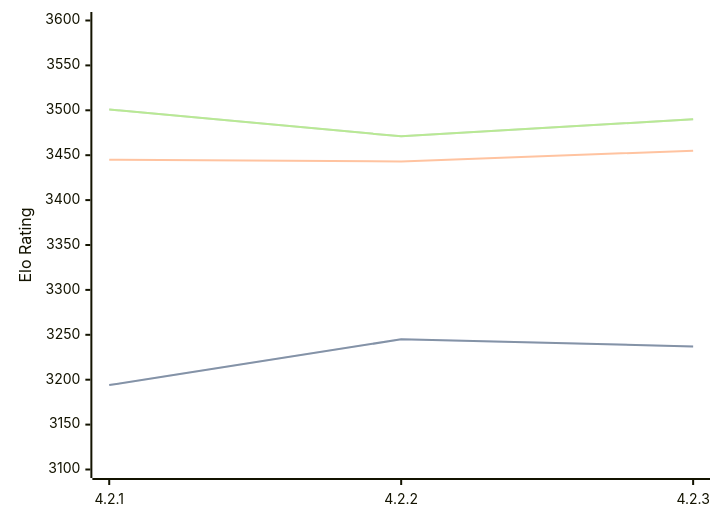
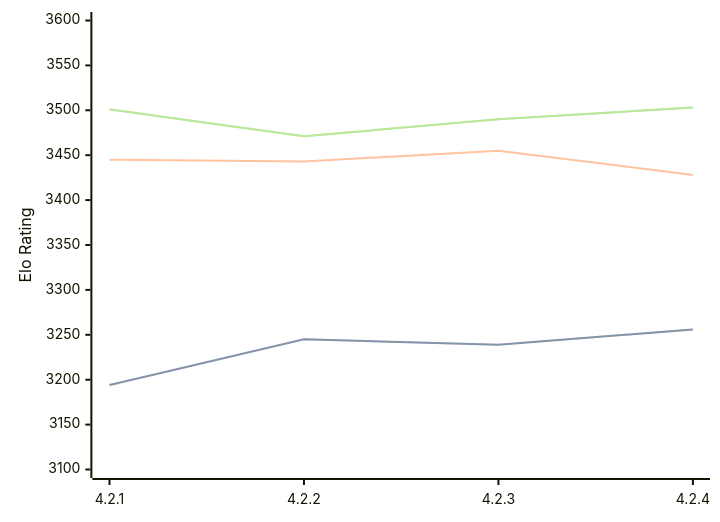
One commit to computer-chess-index/cci changed the diagram in engines/Gaia.md. Above: the diagram before and after it, drawn with Mermaid. The commit also changed other lines of this file, not shown here.

Commit message:
Update CCI Ratings (ELO VLTC) - 2026-08-24

````diff
--- a/engines/Gaia.md
+++ b/engines/Gaia.md
@@ -37,11 +38,11 @@
 ```mermaid
 %%{init: {"theme":"base","themeVariables":{"seriesColors:['#a3a3a3','#222221','#faa371']}}}%%
 xychart-beta
-  x-axis ["4.2.1", "4.2.2", "4.2.3"]
+  x-axis ["4.2.1", "4.2.2", "4.2.3", "4.2.4"]
   y-axis "Elo Rating" 3100 --> 3600
-  line "STC (8.0+0.08s)" [3194, 3245, 3237]
-  line "STC (8.0+0.08s)" [3194, 3245, 3237]
-  line "LTC (60.0+0.60s)" [3445, 3443, 3455]
-  line "VLTC (2m24s+1.12s)" [3501, 3471, 3490]
-  line "VLTC (2m24s+1.12s)" [3501, 3471, 3490]
+  line "STC (8.0+0.08s)" [3194, 3245, 3239, 3256]
+  line "STC (8.0+0.08s)" [3194, 3245, 3239, 3256]
+  line "LTC (60.0+0.60s)" [3445, 3443, 3455, 3428]
+  line "VLTC (2m24s+1.12s)" [3501, 3471, 3490, 3503]
+  line "VLTC (2m24s+1.12s)" [3501, 3471, 3490, 3503]
 ```
````
